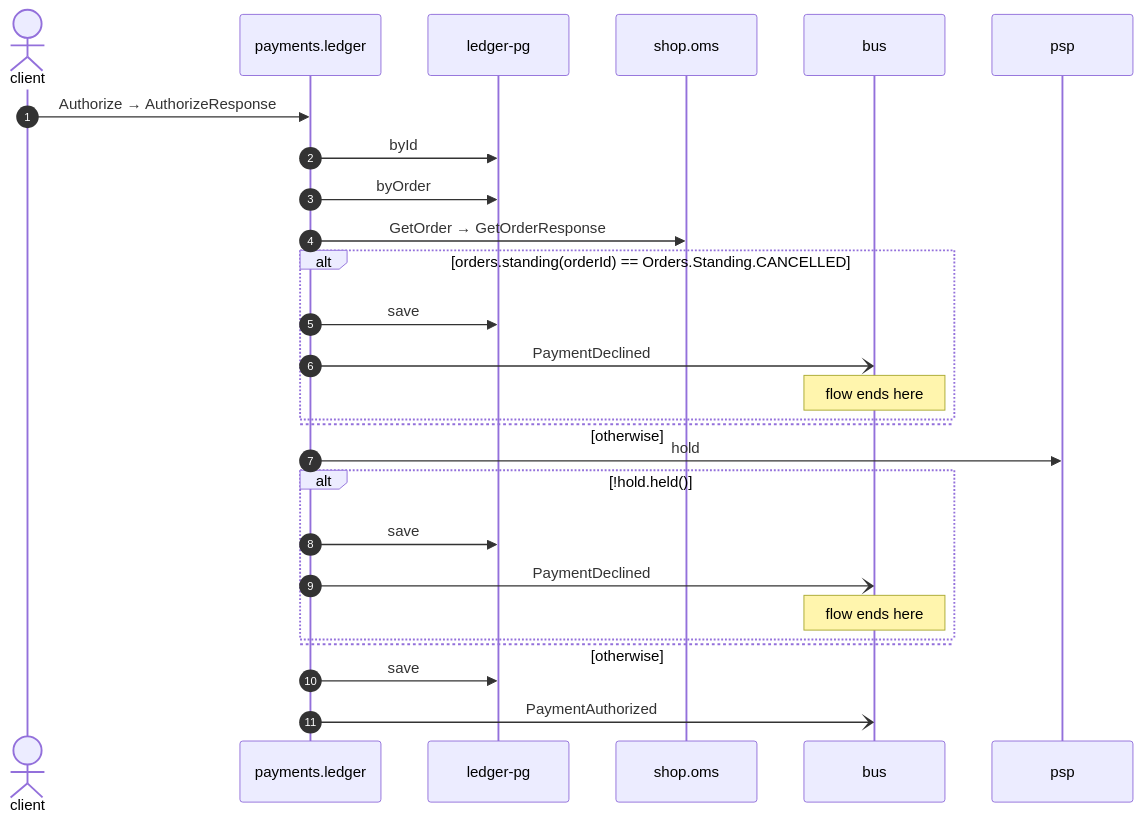
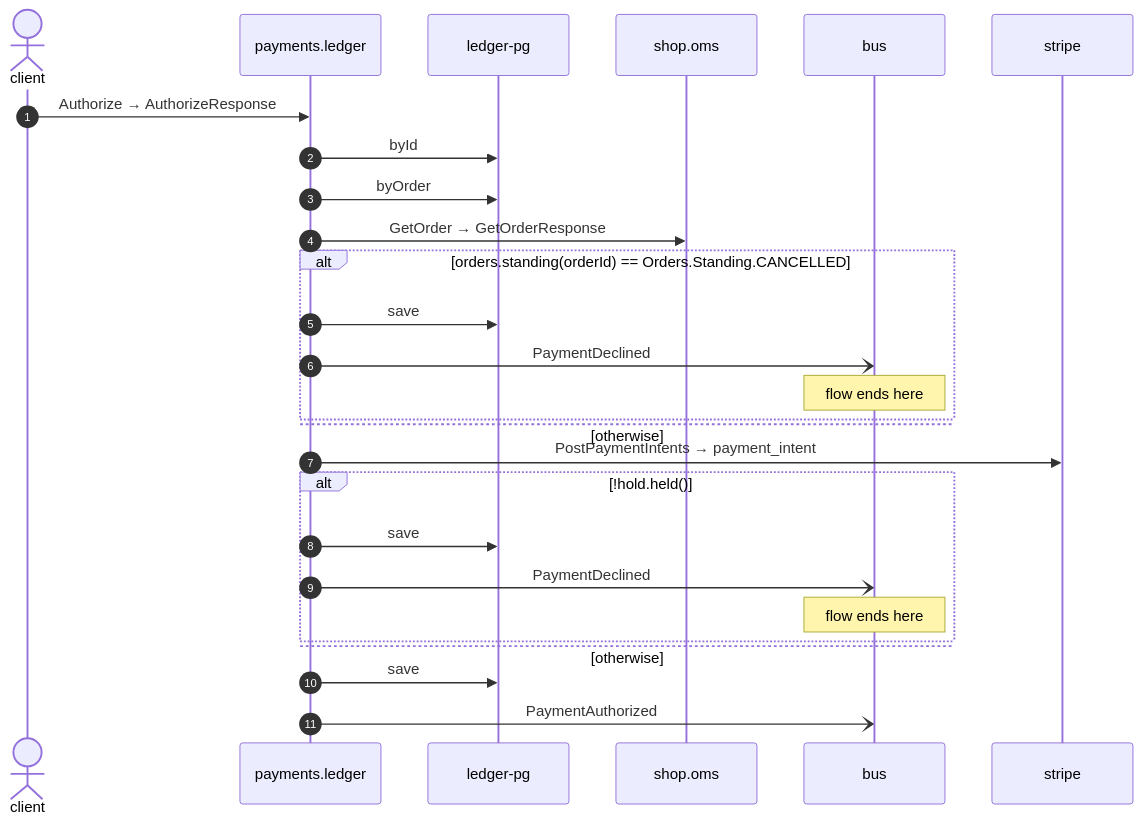
The diagram in docs/flows/ledger-authorize.md (shortlink-org/portolan), drawn with Mermaid before and after one commit. The commit also changed other lines of this file and 93 other files, not shown here.

````diff
--- a/docs/flows/ledger-authorize.md
+++ b/docs/flows/ledger-authorize.md
@@ -24,29 +24,29 @@
 ```mermaid
 sequenceDiagram
     autonumber
     actor p0 as client
     participant p1 as payments.ledger
     participant p2 as ledger-pg
     participant p3 as shop.oms
     participant p4 as bus
-    participant p5 as psp
+    participant p5 as stripe
     p0->>p1: Authorize → AuthorizeResponse
     p1->>p2: byId
     p1->>p2: byOrder
     p1->>p3: GetOrder → GetOrderResponse
     alt orders.standing(orderId) == Orders.Standing.CANCELLED
         p1->>p2: save
         p1-)p4: PaymentDeclined
         Note over p4: flow ends here
     else otherwise
     end
-    p1->>p5: hold
+    p1->>p5: PostPaymentIntents → payment_intent
     alt !hold.held()
         p1->>p2: save
         p1-)p4: PaymentDeclined
         Note over p4: flow ends here
     else otherwise
     end
     p1->>p2: save
     p1-)p4: PaymentAuthorized
 ```
````
